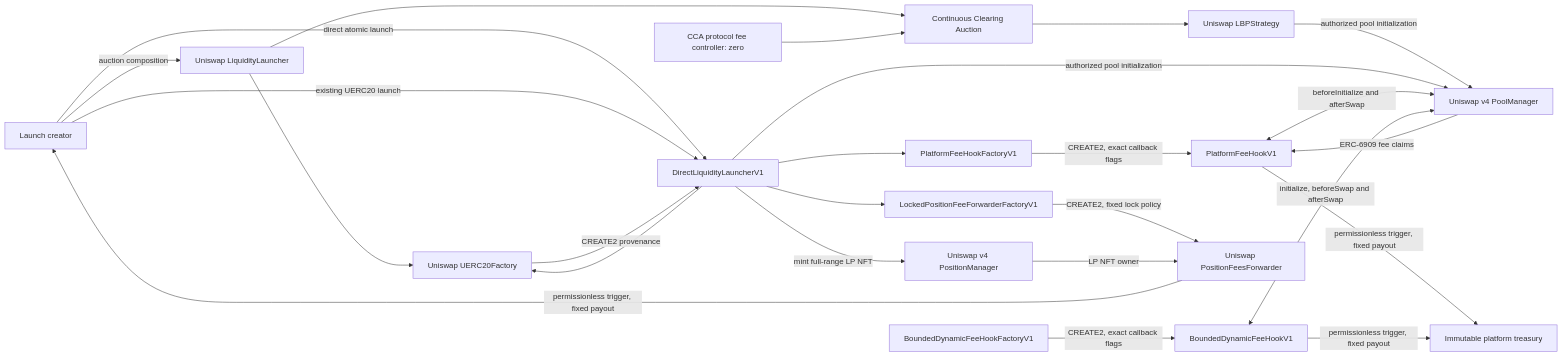
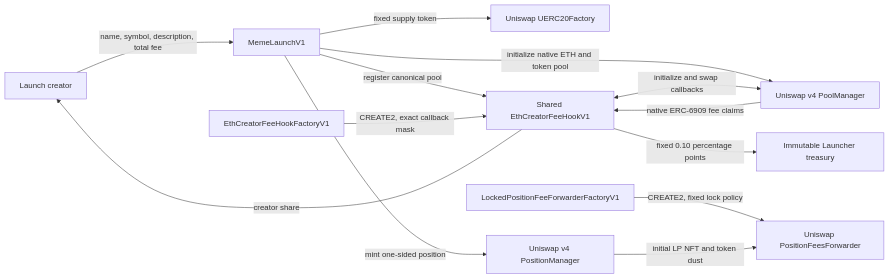
The first of 2 diagrams in contracts/security/diagrams/architecture.md (0xprogrammable/PROGRAMMABLE), drawn with Mermaid before and after one commit. The commit also changed other lines of this file and 44 other files, not shown here.

````diff
--- a/contracts/security/diagrams/architecture.md
+++ b/contracts/security/diagrams/architecture.md
@@ -3,46 +3,26 @@
 ```mermaid
 flowchart LR
-    Creator[Launch creator]
-    OfficialLauncher[Uniswap LiquidityLauncher]
-    Auction[Continuous Clearing Auction]
-    AuctionFeeController[CCA protocol fee controller: zero]
-    Strategy[Uniswap LBPStrategy]
-    DirectLauncher[DirectLiquidityLauncherV1]
-    TokenFactory[Uniswap UERC20Factory]
-    HookFactory[PlatformFeeHookFactoryV1]
-    DynamicHookFactory[BoundedDynamicFeeHookFactoryV1]
-    PositionFactory[LockedPositionFeeForwarderFactoryV1]
-    Hook[PlatformFeeHookV1]
-    DynamicHook[BoundedDynamicFeeHookV1]
-    PoolManager[Uniswap v4 PoolManager]
-    PositionManager[Uniswap v4 PositionManager]
-    Forwarder[Uniswap PositionFeesForwarder]
-    Treasury[Immutable platform treasury]
+    Creator["Launch creator"]
+    Launcher["MemeLaunchV1"]
+    TokenFactory["Uniswap UERC20Factory"]
+    HookFactory["EthCreatorFeeHookFactoryV1"]
+    Hook["Shared EthCreatorFeeHookV1"]
+    PoolManager["Uniswap v4 PoolManager"]
+    PositionManager["Uniswap v4 PositionManager"]
+    PositionFactory["LockedPositionFeeForwarderFactoryV1"]
+    Forwarder["Uniswap PositionFeesForwarder"]
+    Treasury["Immutable Launcher treasury"]
 
-    Creator -->|auction composition| OfficialLauncher
-    OfficialLauncher --> TokenFactory
-    OfficialLauncher --> Auction
-    AuctionFeeController --> Auction
-    Auction --> Strategy
-    Strategy -->|authorized pool initialization| PoolManager
-
-    Creator -->|direct atomic launch| DirectLauncher
-    DirectLauncher --> TokenFactory
-    DirectLauncher --> HookFactory
-    DirectLauncher --> PositionFactory
-    DirectLauncher -->|authorized pool initialization| PoolManager
-    DirectLauncher -->|mint full-range LP NFT| PositionManager
-    Creator -->|existing UERC20 launch| DirectLauncher
-    TokenFactory -->|CREATE2 provenance| DirectLauncher
-
-    HookFactory -->|CREATE2, exact callback flags| Hook
-    DynamicHookFactory -->|CREATE2, exact callback flags| DynamicHook
-    PositionFactory -->|CREATE2, fixed lock policy| Forwarder
-    PositionManager -->|LP NFT owner| Forwarder
-    Hook <-->|beforeInitialize and afterSwap| PoolManager
-    DynamicHook <-->|initialize, beforeSwap and afterSwap| PoolManager
-    PoolManager -->|ERC-6909 fee claims| Hook
-    Hook -->|permissionless trigger, fixed payout| Treasury
-    DynamicHook -->|permissionless trigger, fixed payout| Treasury
-    Forwarder -->|permissionless trigger, fixed payout| Creator
+    Creator -->|"name, symbol, description, total fee"| Launcher
+    Launcher -->|"fixed supply token"| TokenFactory
+    Launcher -->|"register canonical pool"| Hook
+    Launcher -->|"initialize native ETH and token pool"| PoolManager
+    Launcher -->|"mint one-sided position"| PositionManager
+    PositionFactory -->|"CREATE2, fixed lock policy"| Forwarder
+    PositionManager -->|"initial LP NFT and token dust"| Forwarder
+    HookFactory -->|"CREATE2, exact callback mask"| Hook
+    Hook <-->|"initialize and swap callbacks"| PoolManager
+    PoolManager -->|"native ERC-6909 fee claims"| Hook
+    Hook -->|"creator share"| Creator
+    Hook -->|"fixed 0.10 percentage points"| Treasury
 ```
````
